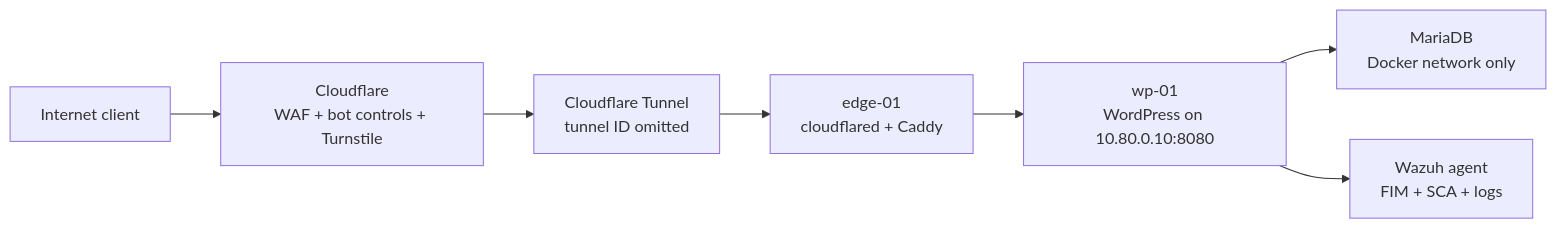
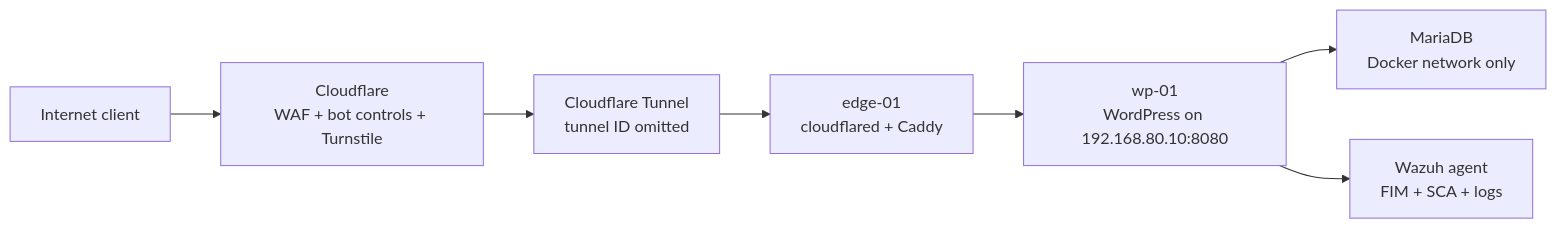
Before and after one commit to Duresa7/Labs: the diagram in projects/defensive/08-secure-wordpress-hosting/README.md, drawn with Mermaid. The commit also changed other lines of this file and 11 other files, not shown here.

````diff
--- a/projects/defensive/08-secure-wordpress-hosting/README.md
+++ b/projects/defensive/08-secure-wordpress-hosting/README.md
@@ -15,17 +15,17 @@
 ```mermaid
 flowchart LR
     Client["Internet client"]
     Cloudflare["Cloudflare<br/>WAF + bot controls + Turnstile"]
     Tunnel["Cloudflare Tunnel<br/>tunnel ID omitted"]
     Edge["edge-01<br/>cloudflared + Caddy"]
-    WordPress["wp-01<br/>WordPress on 10.80.0.10:8080"]
+    WordPress["wp-01<br/>WordPress on 192.168.80.10:8080"]
     Database["MariaDB<br/>Docker network only"]
     Wazuh["Wazuh agent<br/>FIM + SCA + logs"]
 
     Client --> Cloudflare
     Cloudflare --> Tunnel
     Tunnel --> Edge
     Edge --> WordPress
     WordPress --> Database
     WordPress --> Wazuh
 ```
````
